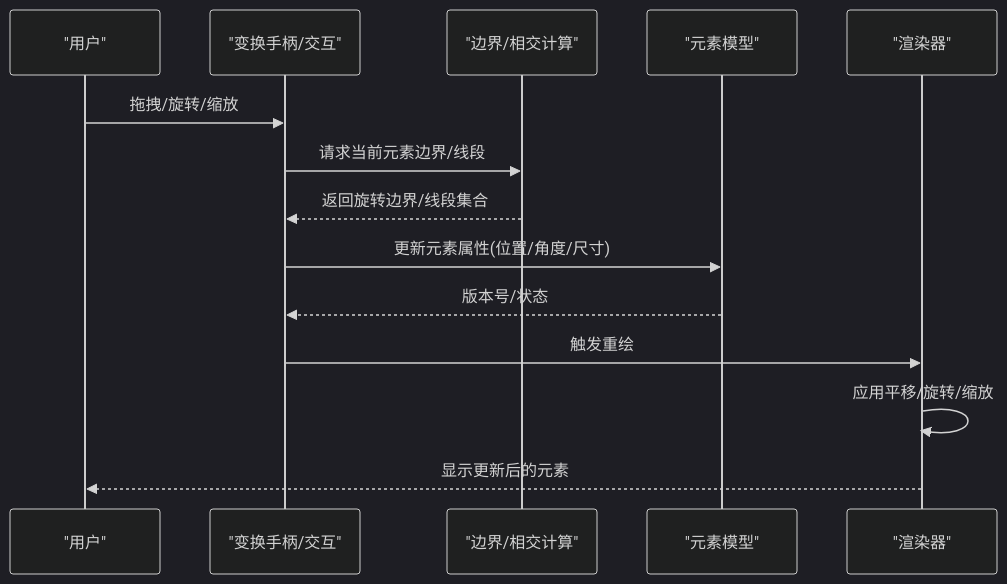
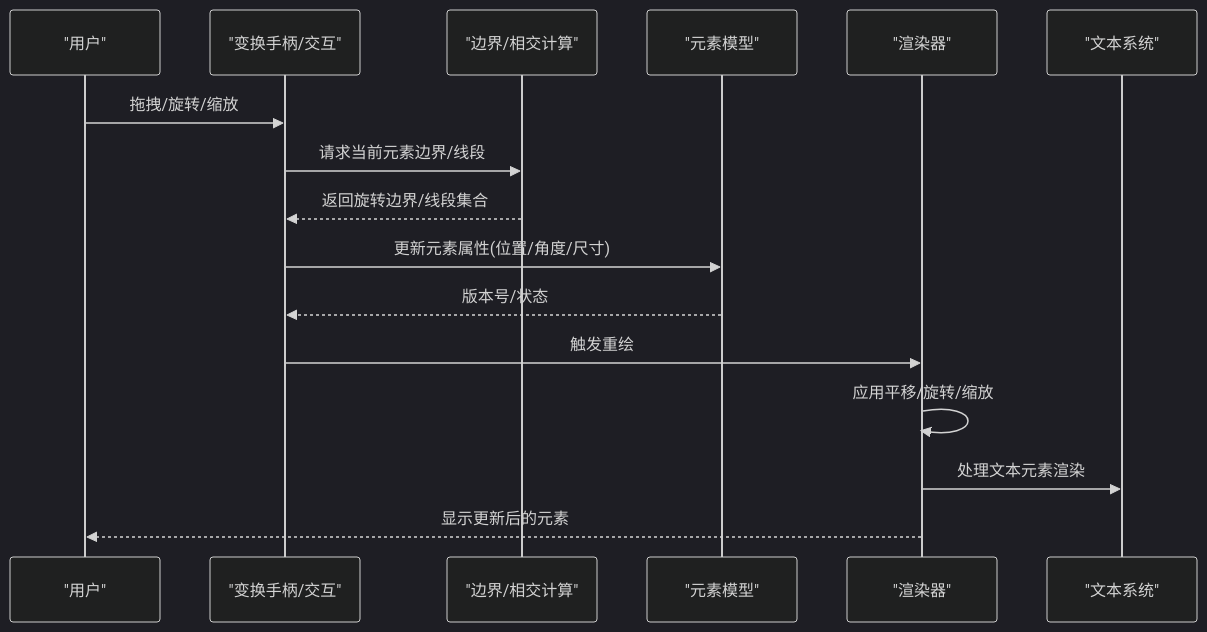
The second of 10 diagrams in .qoder/repowiki/zh/content/元素系统/元素变换系统.md (Az-qianchen/Excalidraw), drawn with Mermaid (dark theme) before and after one commit. The commit also changed other lines of this file and 14 other files, not shown here.

````diff
--- a/.qoder/repowiki/zh/content/元素系统/元素变换系统.md
+++ b/.qoder/repowiki/zh/content/元素系统/元素变换系统.md
@@ -116,16 +131,18 @@
 ```mermaid
 sequenceDiagram
 participant User as "用户"
 participant UI as "变换手柄/交互"
 participant Calc as "边界/相交计算"
 participant Model as "元素模型"
 participant Render as "渲染器"
+participant TextSys as "文本系统"
 User->>UI : 拖拽/旋转/缩放
 UI->>Calc : 请求当前元素边界/线段
 Calc-->>UI : 返回旋转边界/线段集合
 UI->>Model : 更新元素属性(位置/角度/尺寸)
 Model-->>UI : 版本号/状态
 UI->>Render : 触发重绘
 Render->>Render : 应用平移/旋转/缩放
+Render->>TextSys : 处理文本元素渲染
 Render-->>User : 显示更新后的元素
 ```
````
